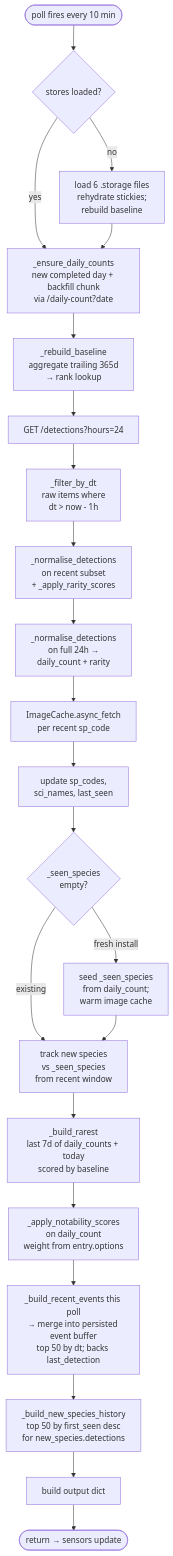
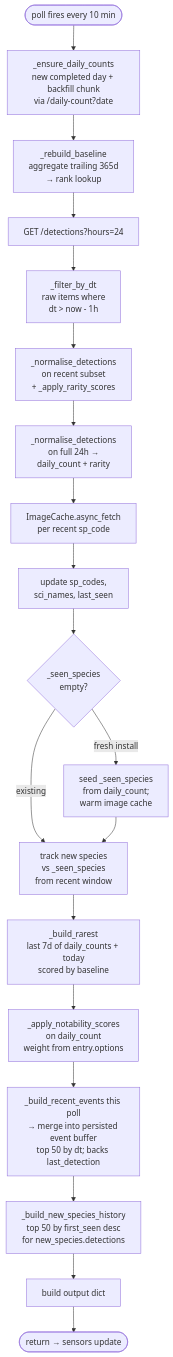
One commit to eklundjon/ha-haikubox changed the second of 3 diagrams in docs/architecture.md. Above: the diagram before and after it, drawn with Mermaid. The commit also changed other lines of this file and 3 other files, not shown here.

First line of the commit message:
docs: reconcile architecture/api/troubleshooting with refactored code

````diff
--- a/docs/architecture.md
+++ b/docs/architecture.md
@@ -88,31 +111,28 @@
 ```mermaid
 flowchart TD
-    Start([poll fires every 10 min]) --> LoadStores{stores loaded?}
-    LoadStores -- no --> Load[load 6 .storage files<br/>rehydrate stickies;<br/>rebuild baseline]
-    LoadStores -- yes --> EnsureDaily
-    Load --> EnsureDaily
+    Start([poll fires every 10 min]) --> EnsureDaily
 
     EnsureDaily[_ensure_daily_counts<br/>new completed day + backfill chunk<br/>via /daily-count?date] --> Rebuild[_rebuild_baseline<br/>aggregate trailing 365d<br/>→ rank lookup]
     Rebuild --> FetchDetections
 
     FetchDetections[GET /detections?hours=24] --> FilterRecent[_filter_by_dt<br/>raw items where<br/>dt &gt; now - 1h]
     FilterRecent --> NormaliseRecent[_normalise_detections<br/>on recent subset<br/>+ _apply_rarity_scores]
     NormaliseRecent --> NormaliseDaily[_normalise_detections<br/>on full 24h →<br/>daily_count + rarity]
 
     NormaliseDaily --> CacheImages[ImageCache.async_fetch<br/>per recent sp_code]
     CacheImages --> Lookups[update sp_codes,<br/>sci_names, last_seen]
 
     Lookups --> SeedSeen{_seen_species<br/>empty?}
     SeedSeen -- fresh install --> SeedFrom24h[seed _seen_species<br/>from daily_count;<br/>warm image cache]
     SeedSeen -- existing --> NewSpecies
     SeedFrom24h --> NewSpecies
 
     NewSpecies[track new species<br/>vs _seen_species<br/>from recent window] --> Rarest[_build_rarest<br/>last 7d of daily_counts + today<br/>scored by baseline]
     Rarest --> Notability[_apply_notability_scores<br/>on daily_count<br/>weight from entry.options]
 
     Notability --> Events[_build_recent_events this poll<br/>→ merge into persisted event buffer<br/>top 50 by dt; backs last_detection]
     Events --> History[_build_new_species_history<br/>top 50 by first_seen desc<br/>for new_species.detections]
     History --> Build[build output dict]
 
     Build --> Done([return → sensors update])
 ```
````
